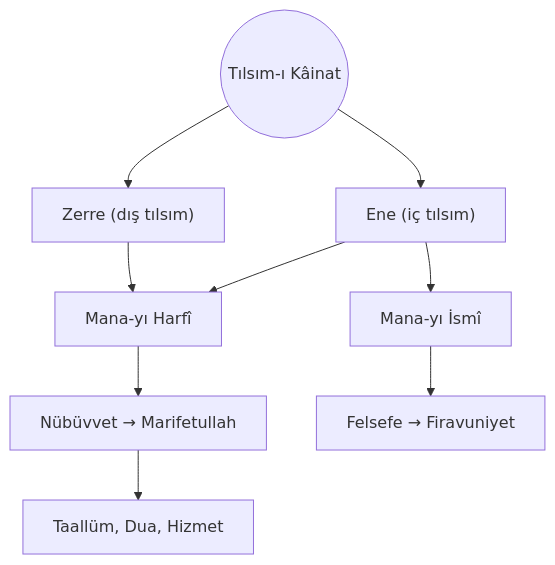
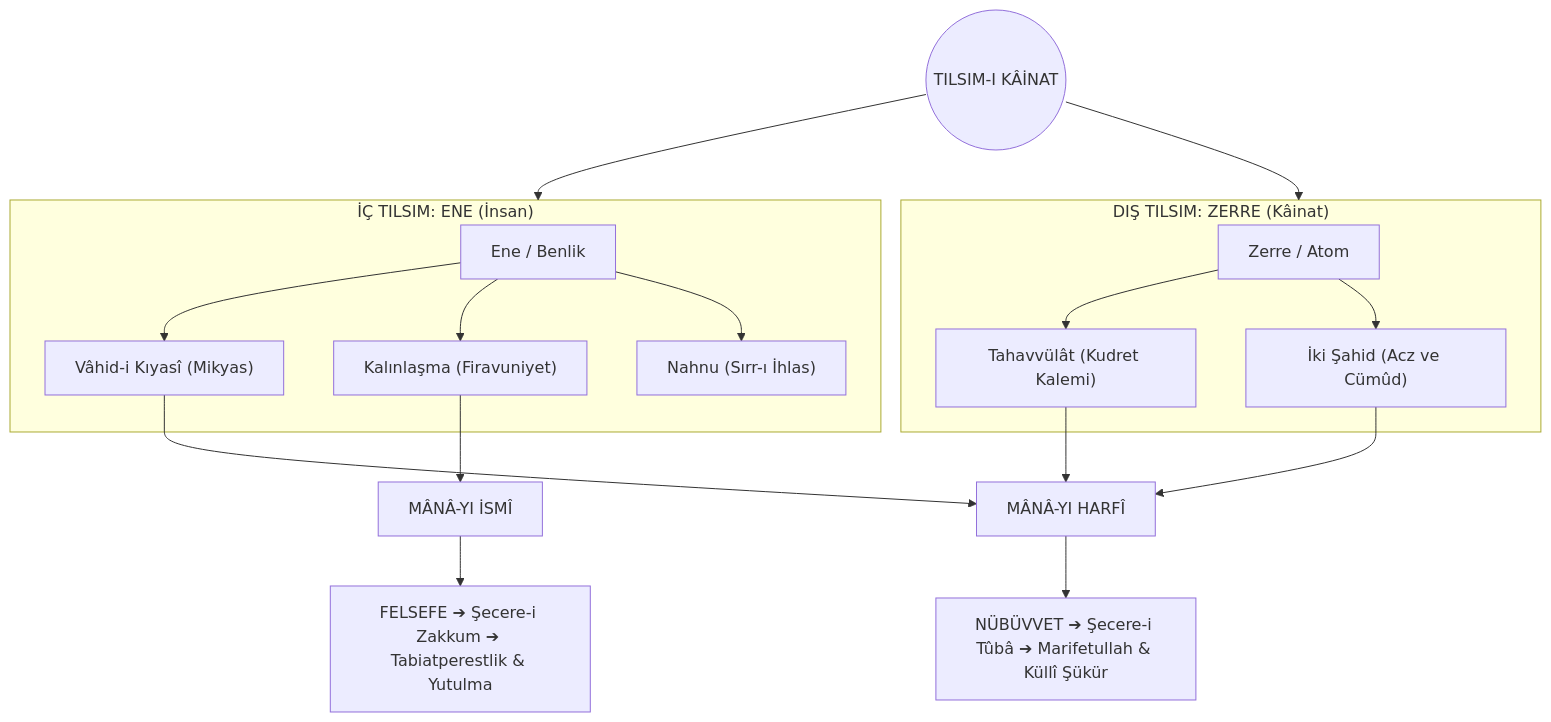
One commit to bahattinyunus/tilsim-i-kainat changed the diagram in README.md. Above: the diagram before and after it, drawn with Mermaid. The commit also changed other lines of this file and 8 other files, not shown here.

````diff
--- a/README.md
+++ b/README.md
@@ -110,12 +29,27 @@
 ```mermaid
 flowchart TD
-    T(("Tılsım-ı Kâinat"))
-    T --> ENE["Ene (iç tılsım)"]
-    T --> ZERRE["Zerre (dış tılsım)"]
-    ENE --> HARF["Mana-yı Harfî"]
-    ENE --> ISM["Mana-yı İsmî"]
-    ZERRE --> HARF
-    HARF --> NUB["Nübüvvet → Marifetullah"]
-    ISM --> FEL["Felsefe → Firavuniyet"]
-    NUB --> TAA["Taallüm, Dua, Hizmet"]
+    T(("TILSIM-I KÂİNAT"))
+    
+    subgraph IcTilsim["İÇ TILSIM: ENE (İnsan)"]
+        E["Ene / Benlik"] --> VK["Vâhid-i Kıyasî (Mikyas)"]
+        E --> K["Kalınlaşma (Firavuniyet)"]
+        E --> N["Nahnu (Sırr-ı İhlas)"]
+    end
+    
+    subgraph DisTilsim["DIŞ TILSIM: ZERRE (Kâinat)"]
+        Z["Zerre / Atom"] --> TZ["Tahavvülât (Kudret Kalemi)"]
+        Z --> SZ["İki Şahid (Acz ve Cümûd)"]
+    end
+    
+    T --> IcTilsim
+    T --> DisTilsim
+    
+    VK --> MH["MÂNÂ-YI HARFÎ"]
+    TZ --> MH
+    SZ --> MH
+    
+    K --> MI["MÂNÂ-YI İSMÎ"]
+    
+    MH --> NUB["NÜBÜVVET ➔ Şecere-i Tûbâ ➔ Marifetullah & Küllî Şükür"]
+    MI --> FEL["FELSEFE ➔ Şecere-i Zakkum ➔ Tabiatperestlik & Yutulma"]
 ```
````
